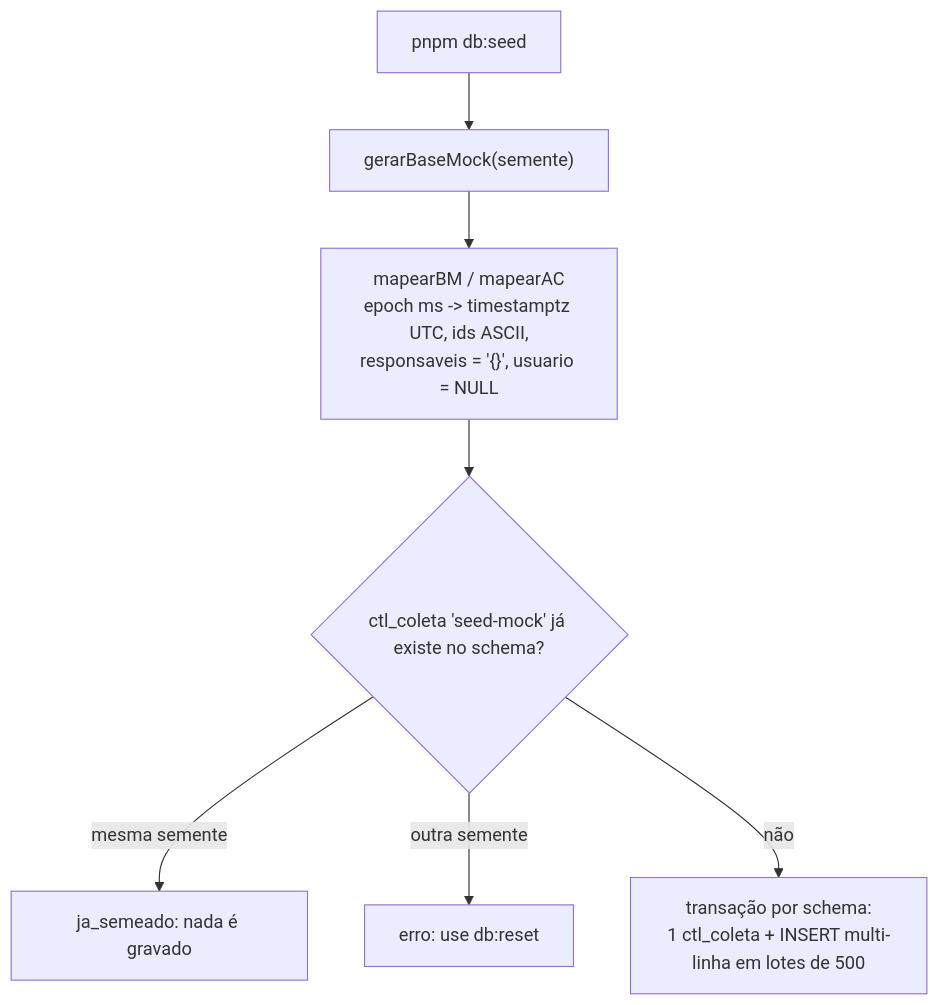
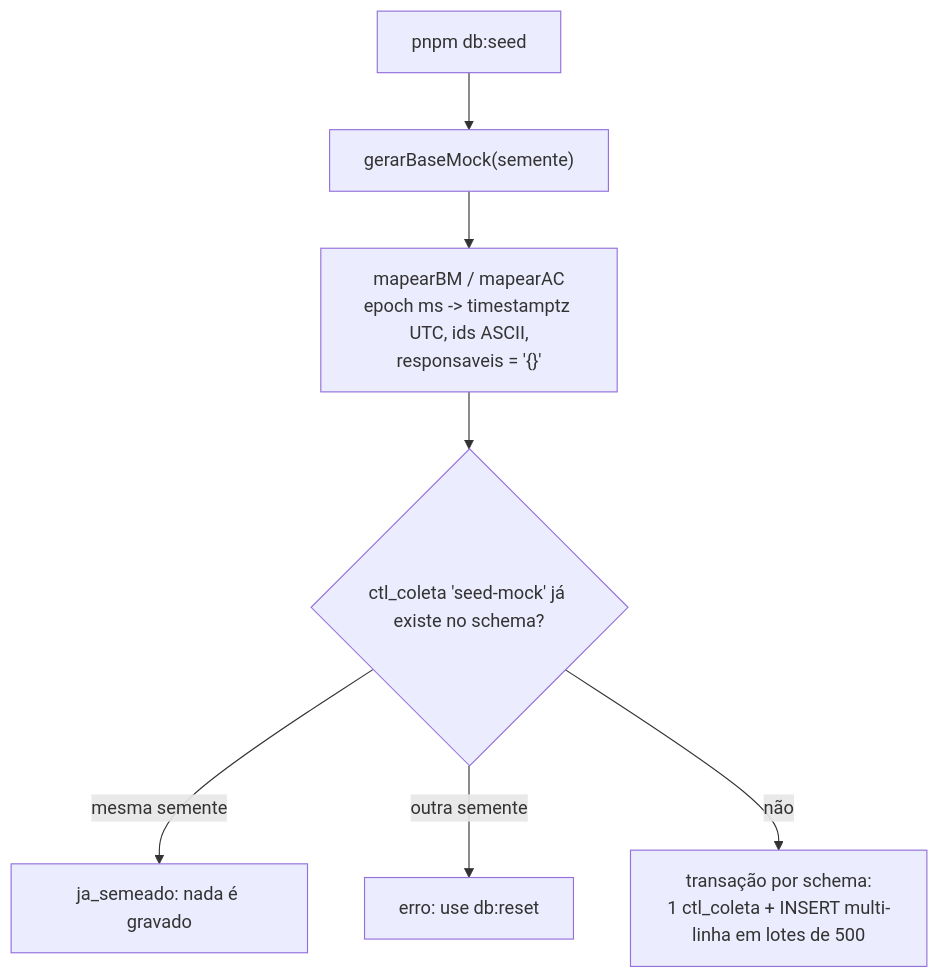
One commit to rodrigo-isensee/MetricasDSPD changed the third of 4 diagrams in docs/architecture/server.md. Above: the diagram before and after it, drawn with Mermaid. The commit also changed other lines of this file and 15 other files, not shown here.

````diff
--- a/docs/architecture/server.md
+++ b/docs/architecture/server.md
@@ -74,9 +74,9 @@
 ```mermaid
 flowchart TD
   S["pnpm db:seed"] --> G["gerarBaseMock(semente)"]
-  G --> M["mapearBM / mapearAC<br/>epoch ms -> timestamptz UTC, ids ASCII,<br/>responsaveis = '{}', usuario = NULL"]
+  G --> M["mapearBM / mapearAC<br/>epoch ms -> timestamptz UTC, ids ASCII,<br/>responsaveis = '{}'"]
   M --> X{"ctl_coleta 'seed-mock' já existe no schema?"}
   X -- "mesma semente" --> N["ja_semeado: nada é gravado"]
   X -- "outra semente" --> R["erro: use db:reset"]
   X -- não --> T["transação por schema:<br/>1 ctl_coleta + INSERT multi-linha em lotes de 500"]
 ```
````
